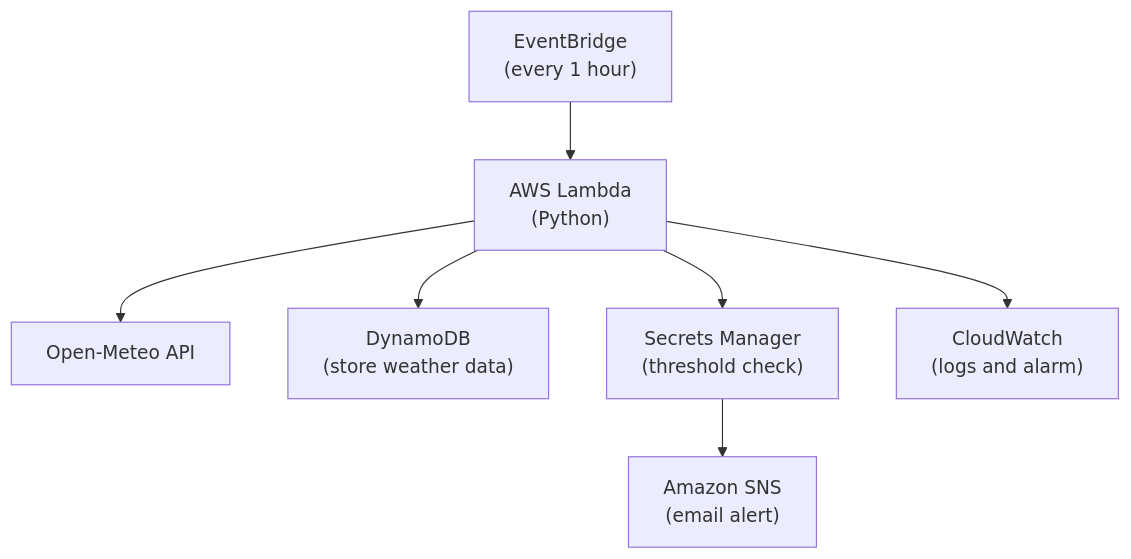
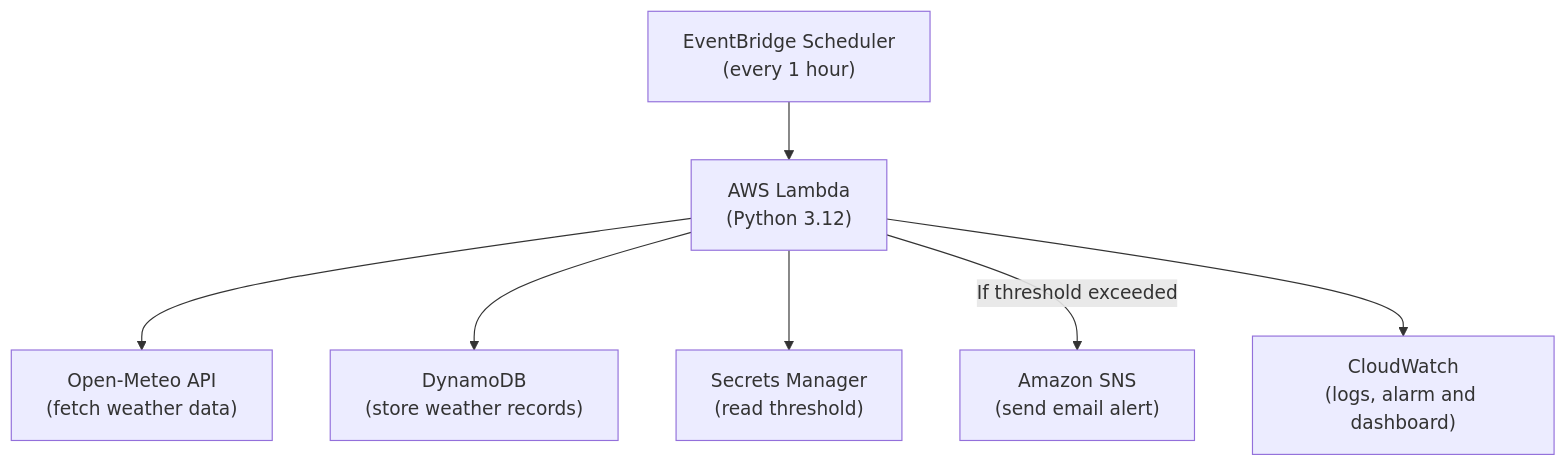
Before and after one commit to almaskhankazi/serverless-weather-alert-bot-aws: the diagram in Cloud-Group-7-Architectural-Diagram.md, drawn with Mermaid. The commit also changed other lines of this file, not shown here.

Commit message:
Correct architecture and design decisions

````diff
--- a/Cloud-Group-7-Architectural-Diagram.md
+++ b/Cloud-Group-7-Architectural-Diagram.md
@@ -3,9 +3,9 @@
 ```mermaid
 flowchart TD
-    A["EventBridge<br/>(every 1 hour)"] --> B["AWS Lambda<br/>(Python)"]
-    B --> C["Open-Meteo API"]
-    B --> D["DynamoDB<br/>(store weather data)"]
-    B --> E["Secrets Manager<br/>(threshold check)"]
-    E --> F["Amazon SNS<br/>(email alert)"]
-    B --> G["CloudWatch<br/>(logs and alarm)"]
+    A["EventBridge Scheduler<br/>(every 1 hour)"] --> B["AWS Lambda<br/>(Python 3.12)"]
+    B --> C["Open-Meteo API<br/>(fetch weather data)"]
+    B --> D["DynamoDB<br/>(store weather records)"]
+    B --> E["Secrets Manager<br/>(read threshold)"]
+    B -->|If threshold exceeded| F["Amazon SNS<br/>(send email alert)"]
+    B --> G["CloudWatch<br/>(logs, alarm and dashboard)"]
 ```
````
